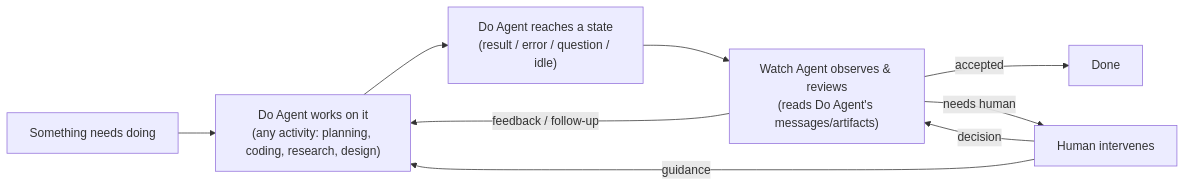
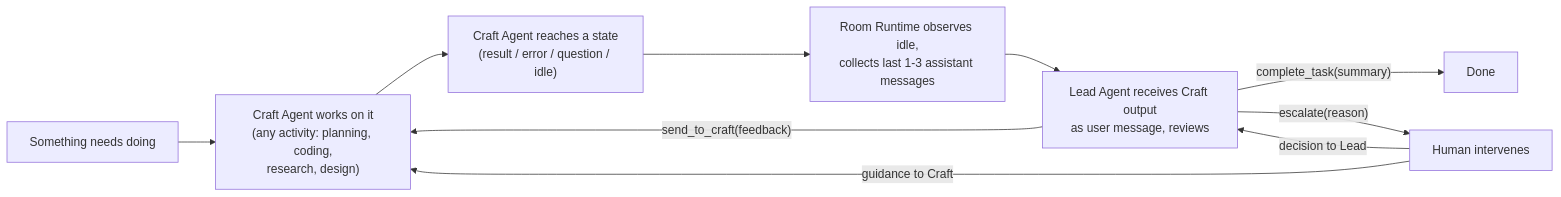
Before and after one commit to lsm/neokai: the first of 6 diagrams in docs/design/room-runtime-spec.md, drawn with Mermaid. The commit also changed other lines of this file, not shown here.

First line of the commit message:
docs: update room runtime spec to v0.4 — Craft/Lead naming and routing

````diff
--- a/docs/design/room-runtime-spec.md
+++ b/docs/design/room-runtime-spec.md
@@ -32,11 +32,12 @@
 ```mermaid
 graph LR
-    A[Something needs doing] --> B["Do Agent works on it<br/>(any activity: planning, coding, research, design)"]
-    B --> C["Do Agent reaches a state<br/>(result / error / question / idle)"]
-    C --> D["Watch Agent observes & reviews<br/>(reads Do Agent's messages/artifacts)"]
-    D -->|feedback / follow-up| B
-    D -->|accepted| E[Done]
-    D -->|needs human| F[Human intervenes]
-    F -->|guidance| B
-    F -->|decision| D
+    A[Something needs doing] --> B["Craft Agent works on it<br/>(any activity: planning, coding,<br/>research, design)"]
+    B --> C["Craft Agent reaches a state<br/>(result / error / question / idle)"]
+    C --> D["Room Runtime observes idle,<br/>collects last 1-3 assistant messages"]
+    D --> E["Lead Agent receives Craft output<br/>as user message, reviews"]
+    E -->|"send_to_craft(feedback)"| B
+    E -->|"complete_task(summary)"| F[Done]
+    E -->|"escalate(reason)"| G[Human intervenes]
+    G -->|guidance to Craft| B
+    G -->|decision to Lead| E
 ```
````
